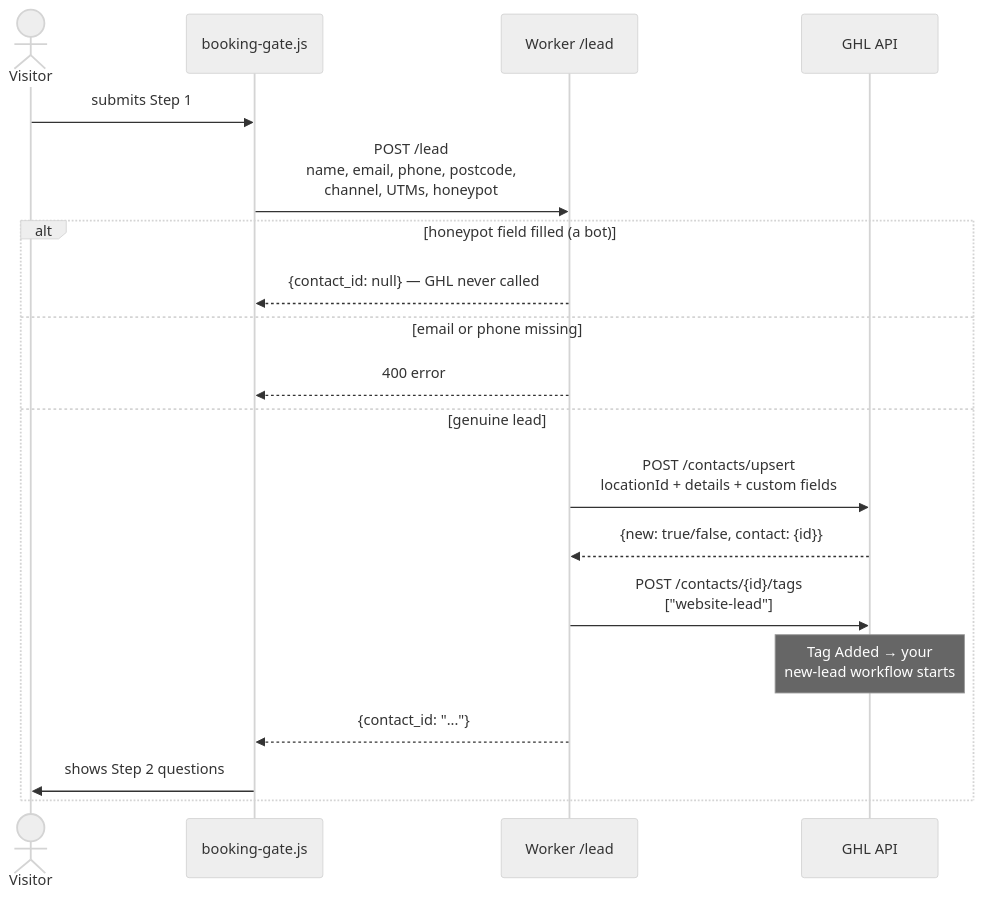
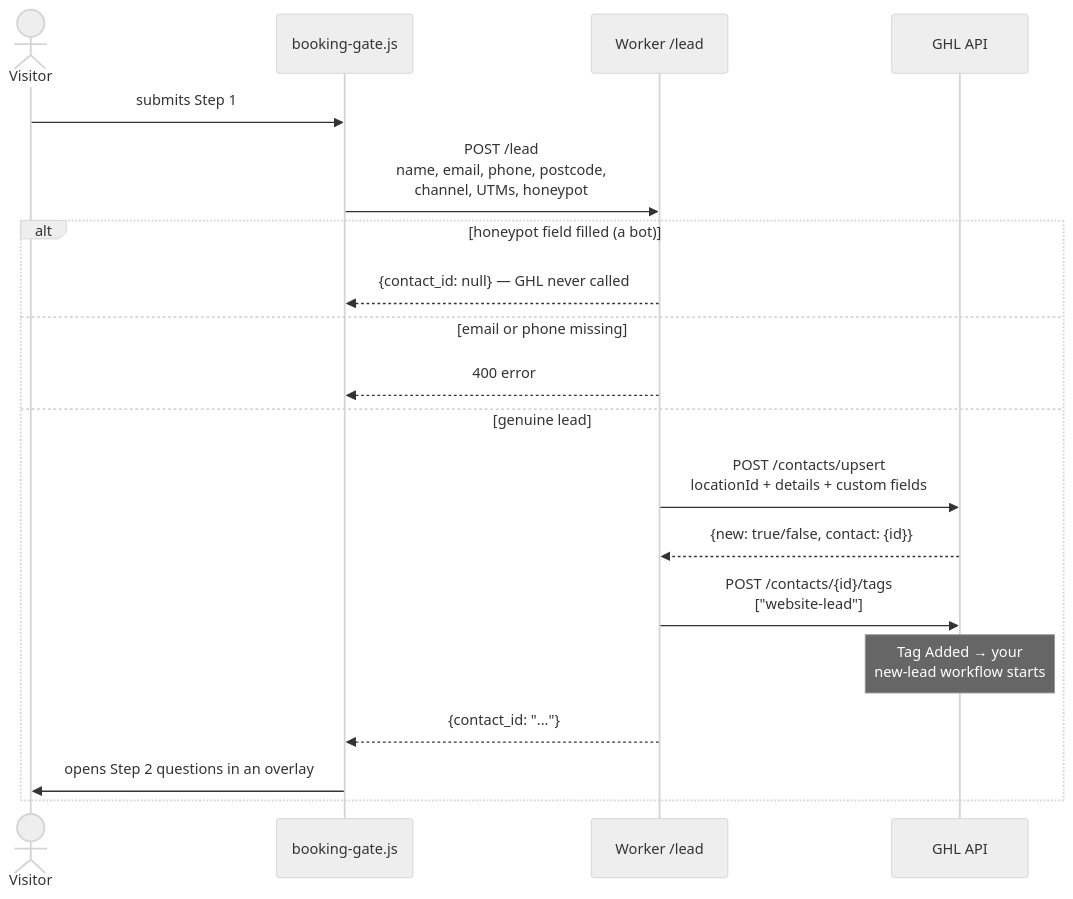
Before and after one commit to VantagePointFacilityServices/vpfs-website: the fourth of 11 diagrams in docs/WORKER.md, drawn with Mermaid (neutral theme). The commit also changed other lines of this file and 6 other files, not shown here.

First line of the commit message:
Open booking Step 2 and its result in a modal overlay

````diff
--- a/docs/WORKER.md
+++ b/docs/WORKER.md
@@ -239,22 +239,22 @@
 ```mermaid
 sequenceDiagram
     actor V as Visitor
     participant B as booking-gate.js
     participant W as Worker /lead
     participant G as GHL API
 
     V->>B: submits Step 1
     B->>W: POST /lead<br/>name, email, phone, postcode,<br/>channel, UTMs, honeypot
     alt honeypot field filled (a bot)
         W-->>B: {contact_id: null} — GHL never called
     else email or phone missing
         W-->>B: 400 error
     else genuine lead
         W->>G: POST /contacts/upsert<br/>locationId + details + custom fields
         G-->>W: {new: true/false, contact: {id}}
         W->>G: POST /contacts/{id}/tags<br/>["website-lead"]
         Note over G: Tag Added → your<br/>new-lead workflow starts
         W-->>B: {contact_id: "..."}
-        B->>V: shows Step 2 questions
+        B->>V: opens Step 2 questions in an overlay
     end
 ```
````
